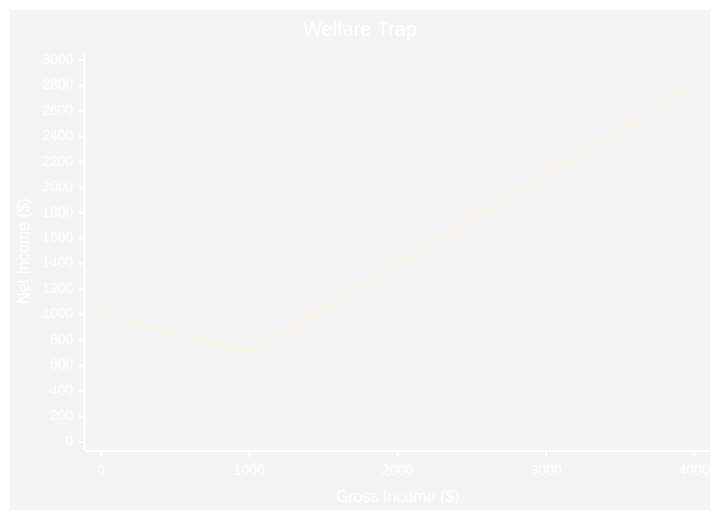
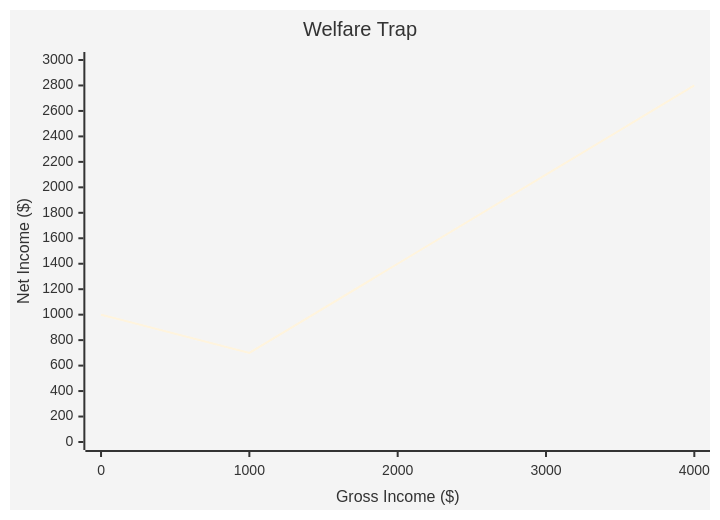
One commit to sergey-shandar/public changed the first of 4 diagrams in notes/economy/justice.md. Above: the diagram before and after it, drawn with Mermaid. The commit also changed other lines of this file, not shown here.

Commit message:
Based on the git diff, I can see that color theming was added to the Mermaid charts in the justice.md file. Each chart now has a `%%{init: {"theme": "base", "themeVariables": {"primaryColor": "#<color>"}}}%%` directive with different colors.

````diff
--- a/notes/economy/justice.md
+++ b/notes/economy/justice.md
@@ -14,8 +14,8 @@
 ```mermaid
-%%{init: {'theme':'base', 'themeVariables': {'primaryColor':'#ff6b6b', 'primaryTextColor':'#fff', 'primaryBorderColor':'#ff6b6b', 'lineColor':'#5490cc', 'secondaryColor':'#ffda79', 'tertiaryColor':'#fff'}}}%%
+%%{init: {"theme": "base", "themeVariables": {"primaryColor": "#ff6b6b"}}}%%
 xychart-beta
     title "Welfare Trap"
     x-axis "Gross Income ($)" [0, 1000, 2000, 3000, 4000]
     y-axis "Net Income ($)" 0 --> 3000
-    line "Net Income" [1000, 700, 1400, 2100, 2800]
+    line [1000, 700, 1400, 2100, 2800]
 ```
````
